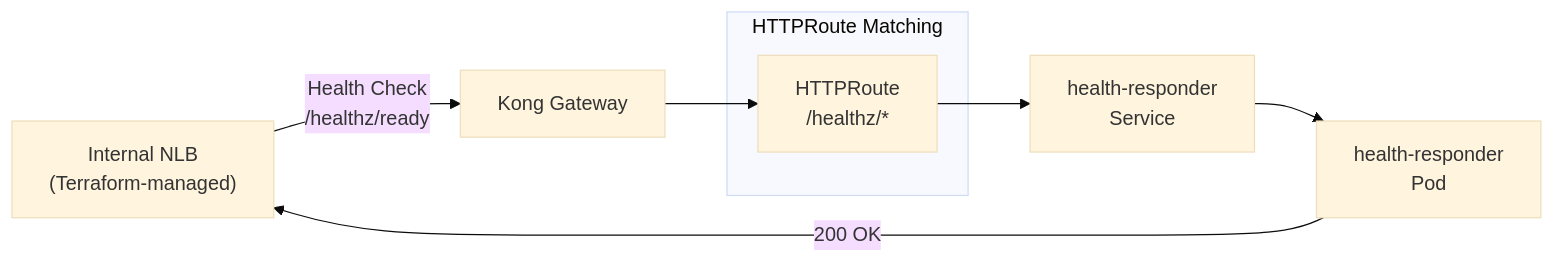
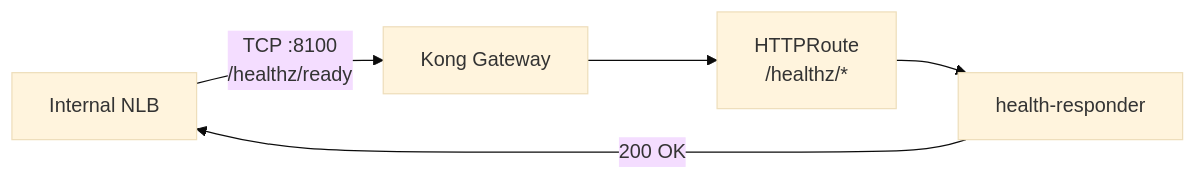
Before and after one commit to shanaka-versent/Kong-Gateway-on-EKS: the ninth of 9 diagrams in README.md, drawn with Mermaid (base theme). The commit also changed other lines of this file, not shown here.

First line of the commit message:
Update README with common reference architecture and implementation comparison diagrams

````diff
--- a/README.md
+++ b/README.md
@@ -436,18 +477,11 @@
 ```mermaid
 flowchart LR
-    NLB["Internal NLB<br>(Terraform-managed)"]
+    NLB["Internal NLB"]
     Kong["Kong Gateway"]
+    HR["HTTPRoute\n/healthz/*"]
+    Health["health-responder"]
 
-    subgraph Routes["HTTPRoute Matching"]
-        HR["HTTPRoute<br>/healthz/*"]
-    end
-
-    Health["health-responder<br>Service"]
-    Pod["health-responder<br>Pod"]
-
-    NLB -->|"Health Check<br>/healthz/ready"| Kong
-    Kong --> HR
-    HR --> Health
-    Health --> Pod
-    Pod -->|"200 OK"| NLB
+    NLB -->|"TCP :8100\n/healthz/ready"| Kong
+    Kong --> HR --> Health
+    Health -->|"200 OK"| NLB
 ```
````
